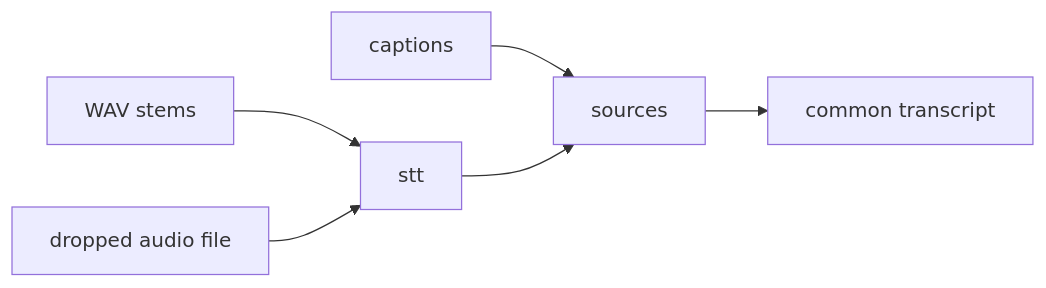
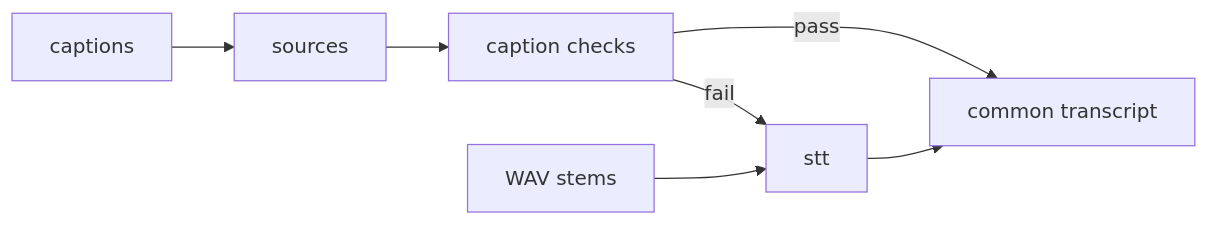
One commit to kujjwal02/meeting-capture changed the seventh of 9 diagrams in docs/02-architecture.md. Above: the diagram before and after it, drawn with Mermaid. The commit also changed other lines of this file and 42 other files, not shown here.

````diff
--- a/docs/02-architecture.md
+++ b/docs/02-architecture.md
@@ -412,7 +420,8 @@
 ```mermaid
 flowchart LR
-    CAP["captions"] --> SRC["sources"]
-    STEMS["WAV stems"] --> STT["stt"] --> SRC
-    FILE["dropped audio file"] --> STT
-    SRC --> T["common transcript"]
+    CAP["captions"] --> SRC["sources"] --> CHK["caption checks"]
+    CHK -->|pass| T["common transcript"]
+    CHK -->|fail| STT["stt"]
+    STEMS["WAV stems"] --> STT
+    STT --> T
 ```
````
